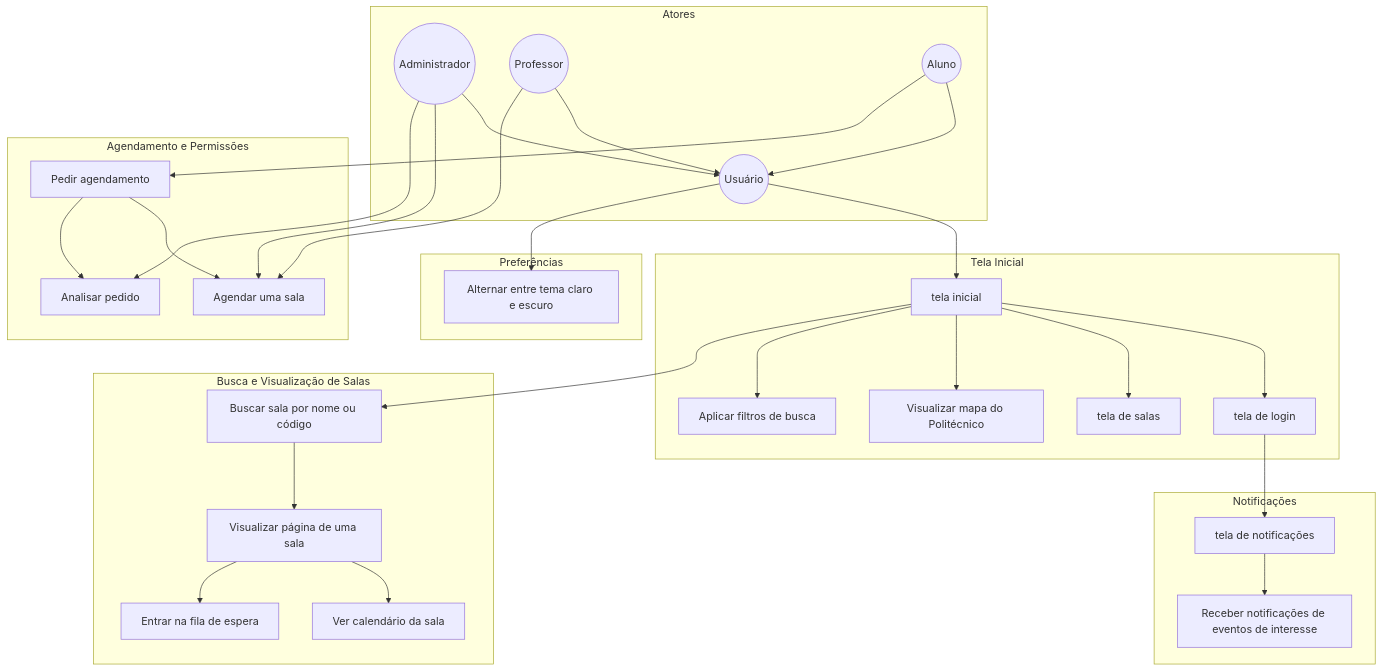
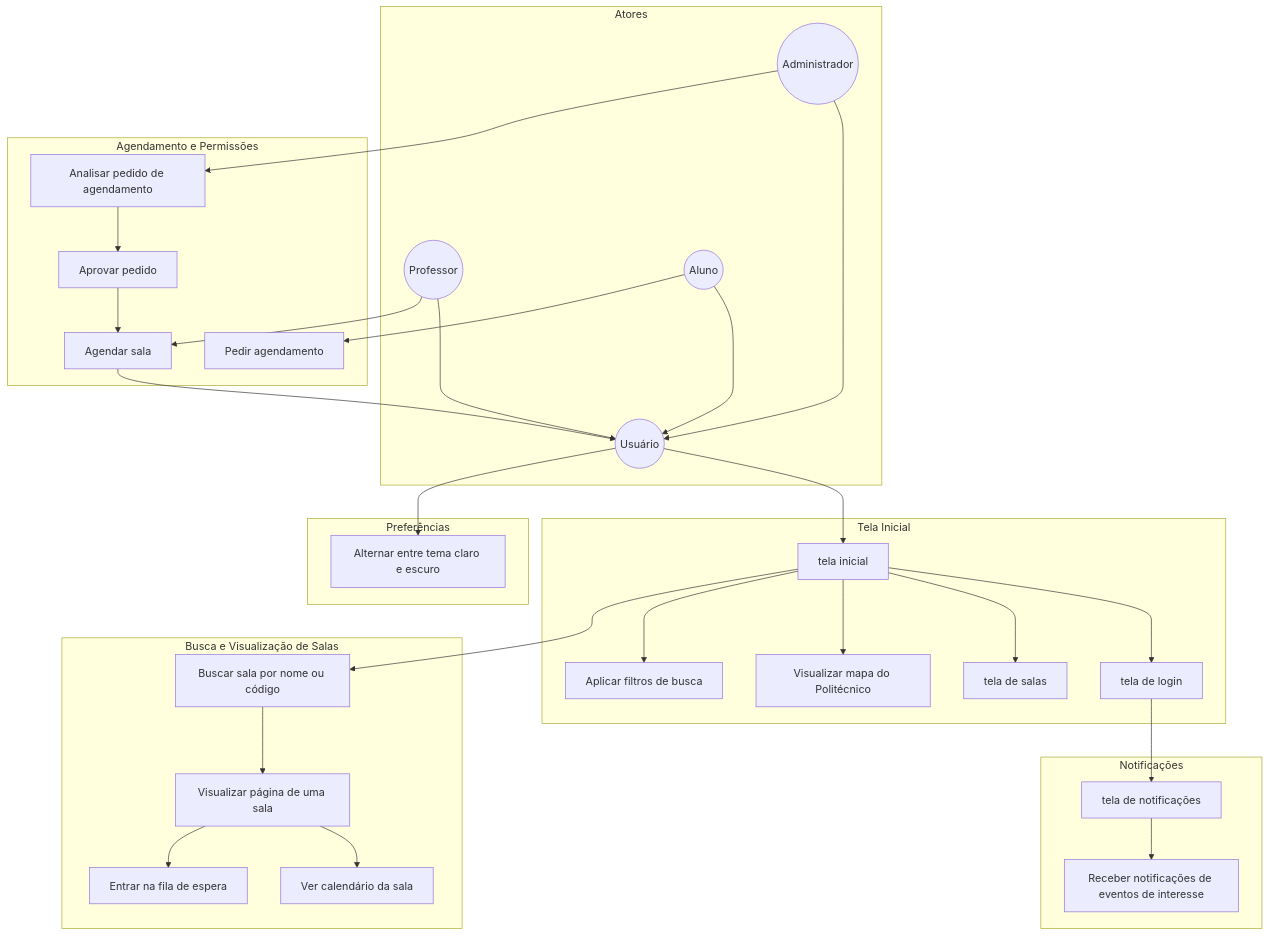
One commit to CTISM-Prof-Henry/trab-final-spi-super-grupo-incrivel changed the diagram in Artefatos/diagramas/CasosUso.mmd. Above: the diagram before and after it, drawn with Mermaid.

Commit message:
casos de uso ajustado

```diff
--- a/Artefatos/diagramas/CasosUso.mmd
+++ b/Artefatos/diagramas/CasosUso.mmd
@@ -1,65 +1,68 @@
 graph TD
 
 %% -------------------- Atores --------------------
     subgraph  Atores
         Usuario((Usuário))
         Admin((Administrador))
         Professor((Professor))
         Aluno((Aluno))
         Admin --> Usuario
         Professor --> Usuario
         Aluno --> Usuario
     end
 
 %% -------------------- Tela inicial e navegação --------------------
     subgraph  Tela Inicial
         inicial[tela inicial]
         login[tela de login]
         salas[tela de salas]
         visualizar_mapa[Visualizar mapa do Politécnico]
         aplicar_filtros[Aplicar filtros de busca]
         inicial --> login
         inicial --> salas
         inicial --> visualizar_mapa
         inicial --> aplicar_filtros
         Usuario --> inicial
     end
 
 %% -------------------- Busca e visualização --------------------
     subgraph  Busca e Visualização de Salas
         buscar_sala[Buscar sala por nome ou código]
         visualizar_sala[Visualizar página de uma sala]
         ver_calendario[Ver calendário da sala]
         entrar_fila[Entrar na fila de espera]
         inicial --> buscar_sala
         buscar_sala --> visualizar_sala
         visualizar_sala --> ver_calendario
         visualizar_sala --> entrar_fila
     end
 
 %% -------------------- Agendamento --------------------
     subgraph  Agendamento e Permissões
-        agendar[Agendar uma sala]
         pedir_agendamento[Pedir agendamento]
-        analisar[Analisar pedido]
+        analisar[Analisar pedido de agendamento]
+        aprovar_pedido[Aprovar pedido]
+        agendar[Agendar sala]
+
+        Aluno --> pedir_agendamento
+        Admin --> analisar
+        analisar --> aprovar_pedido
+        aprovar_pedido --> agendar
+        agendar --> Usuario
         Professor --> agendar
-        Admin --> agendar
-        Aluno --> pedir_agendamento
-        pedir_agendamento --> agendar
-        pedir_agendamento --> analisar
-        Admin --> analisar
     end
+
 
 %% -------------------- Notificações --------------------
     subgraph  Notificações
         notificacoes[tela de notificações]
         receber_notificacoes[Receber notificações de eventos de interesse]
         login --> notificacoes
         notificacoes --> receber_notificacoes
     end
 
 %% -------------------- Preferência de usuário --------------------
     subgraph  Preferências
         alternar_tema[Alternar entre tema claro e escuro]
         Usuario --> alternar_tema
     end
```
